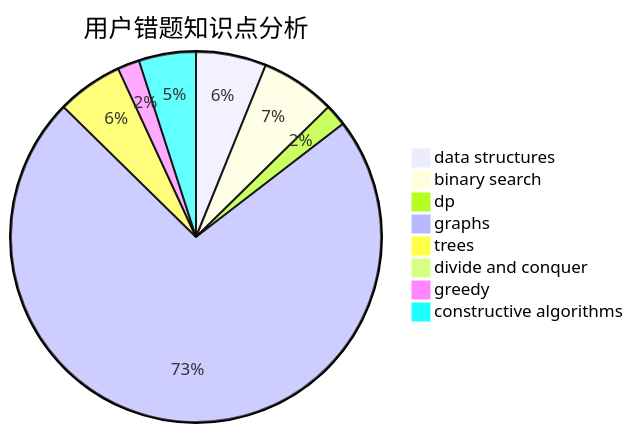
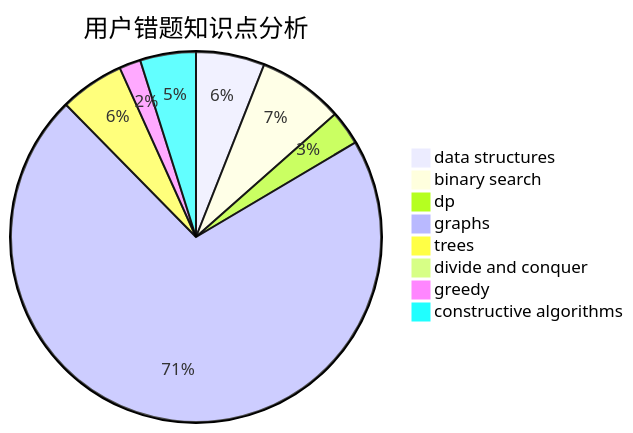
One commit to sherpahu/cfrs.github.io changed the third of 3 diagrams in docs/user/u2366.md. Above: the diagram before and after it, drawn with Mermaid. The commit also changed other lines of this file and 2770 other files, not shown here.

````diff
--- a/docs/user/u2366.md
+++ b/docs/user/u2366.md
@@ -36,11 +36,11 @@
 ```mermaid
 pie title 用户错题知识点分析
     "data structures" :  16
-    "binary search" :  17
-    "dp" :  5
+    "binary search" :  20
+    "dp" :  8
     "graphs" :  190
     "trees" :  15
     "divide and conquer" :  0
     "greedy" :  5
     "constructive algorithms" :  13
 ```
````
